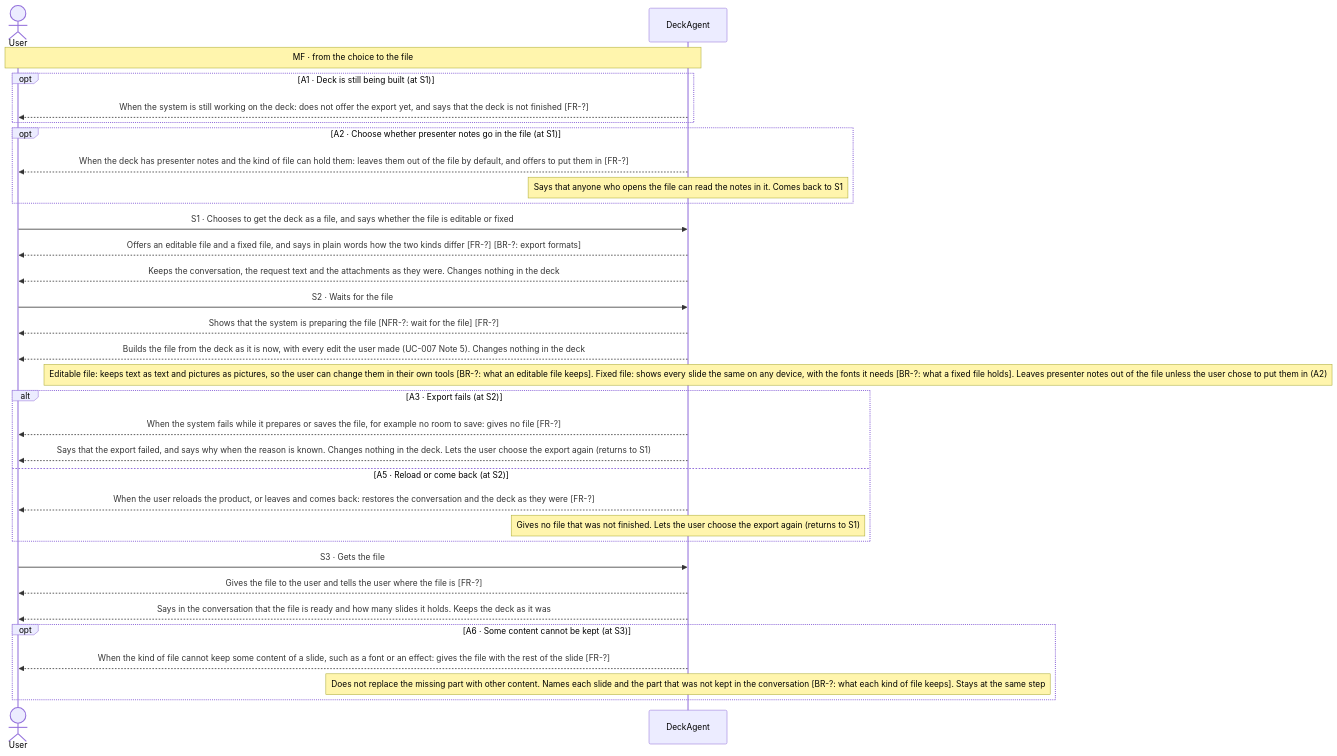
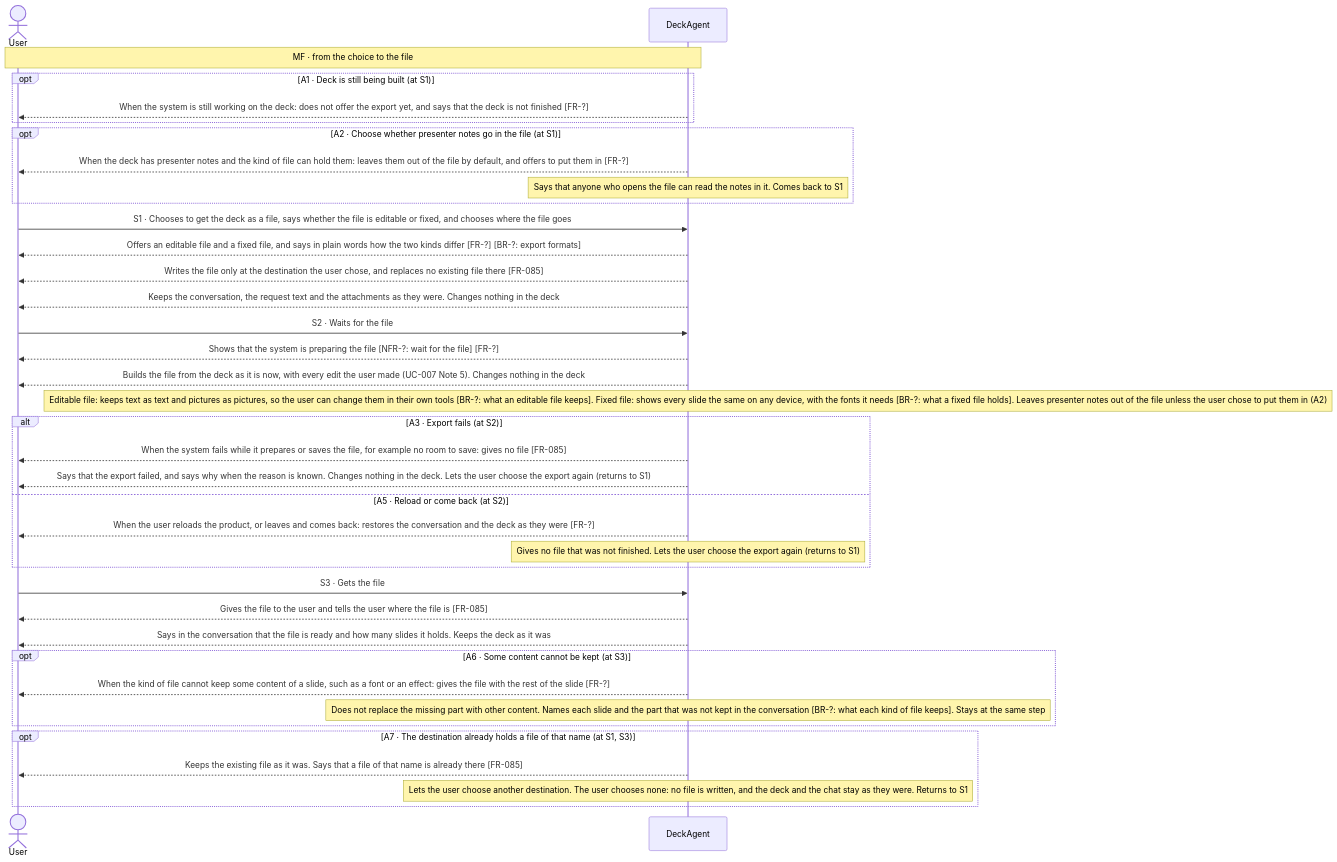
Before and after one commit to Luke23127006/DeckAgent: the diagram in docs/spec/03-use-cases/UC-004.md, drawn with Mermaid. The commit also changed other lines of this file and 31 other files, not shown here.

````diff
--- a/docs/spec/03-use-cases/UC-004.md
+++ b/docs/spec/03-use-cases/UC-004.md
@@ -38,34 +40,39 @@
 ```mermaid
 sequenceDiagram
     actor User
     participant DeckAgent
     Note over User,DeckAgent: MF · from the choice to the file
     opt A1 · Deck is still being built (at S1)
         DeckAgent-->>User: When the system is still working on the deck: does not offer the export yet, and says that the deck is not finished [FR-?]
     end
     opt A2 · Choose whether presenter notes go in the file (at S1)
         DeckAgent-->>User: When the deck has presenter notes and the kind of file can hold them: leaves them out of the file by default, and offers to put them in [FR-?]
         note over DeckAgent: Says that anyone who opens the file can read the notes in it. Comes back to S1
     end
-    User->>DeckAgent: S1 · Chooses to get the deck as a file, and says whether the file is editable or fixed
+    User->>DeckAgent: S1 · Chooses to get the deck as a file, says whether the file is editable or fixed, and chooses where the file goes
     DeckAgent-->>User: Offers an editable file and a fixed file, and says in plain words how the two kinds differ [FR-?] [BR-?: export formats]
+    DeckAgent-->>User: Writes the file only at the destination the user chose, and replaces no existing file there [FR-085]
     DeckAgent-->>User: Keeps the conversation, the request text and the attachments as they were. Changes nothing in the deck
     User->>DeckAgent: S2 · Waits for the file
     DeckAgent-->>User: Shows that the system is preparing the file [NFR-?: wait for the file] [FR-?]
     DeckAgent-->>User: Builds the file from the deck as it is now, with every edit the user made (UC-007 Note 5). Changes nothing in the deck
     note over DeckAgent: Editable file: keeps text as text and pictures as pictures, so the user can change them in their own tools [BR-?: what an editable file keeps]. Fixed file: shows every slide the same on any device, with the fonts it needs [BR-?: what a fixed file holds]. Leaves presenter notes out of the file unless the user chose to put them in (A2)
     alt A3 · Export fails (at S2)
-        DeckAgent-->>User: When the system fails while it prepares or saves the file, for example no room to save: gives no file [FR-?]
+        DeckAgent-->>User: When the system fails while it prepares or saves the file, for example no room to save: gives no file [FR-085]
         DeckAgent-->>User: Says that the export failed, and says why when the reason is known. Changes nothing in the deck. Lets the user choose the export again (returns to S1)
     else A5 · Reload or come back (at S2)
         DeckAgent-->>User: When the user reloads the product, or leaves and comes back: restores the conversation and the deck as they were [FR-?]
         note over DeckAgent: Gives no file that was not finished. Lets the user choose the export again (returns to S1)
     end
     User->>DeckAgent: S3 · Gets the file
-    DeckAgent-->>User: Gives the file to the user and tells the user where the file is [FR-?]
+    DeckAgent-->>User: Gives the file to the user and tells the user where the file is [FR-085]
     DeckAgent-->>User: Says in the conversation that the file is ready and how many slides it holds. Keeps the deck as it was
     opt A6 · Some content cannot be kept (at S3)
         DeckAgent-->>User: When the kind of file cannot keep some content of a slide, such as a font or an effect: gives the file with the rest of the slide [FR-?]
         note over DeckAgent: Does not replace the missing part with other content. Names each slide and the part that was not kept in the conversation [BR-?: what each kind of file keeps]. Stays at the same step
     end
+    opt A7 · The destination already holds a file of that name (at S1, S3)
+        DeckAgent-->>User: Keeps the existing file as it was. Says that a file of that name is already there [FR-085]
+        note over DeckAgent: Lets the user choose another destination. The user chooses none: no file is written, and the deck and the chat stay as they were. Returns to S1
+    end
 ```
````
